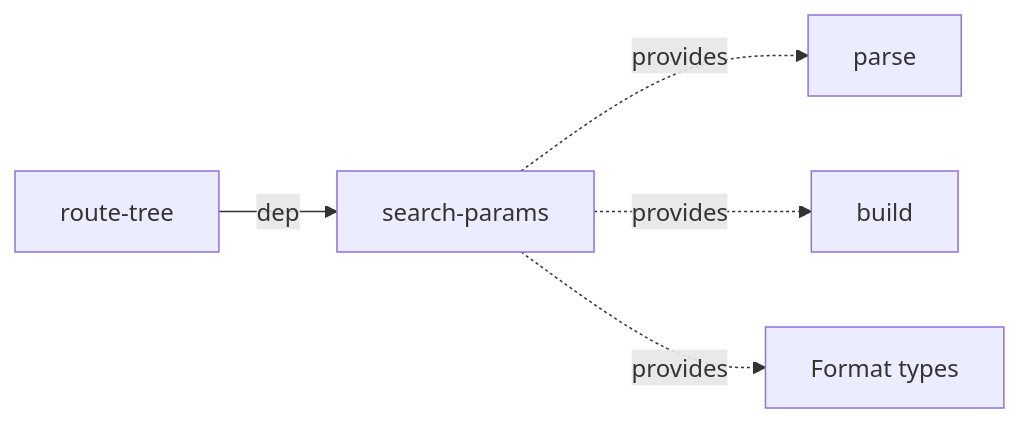
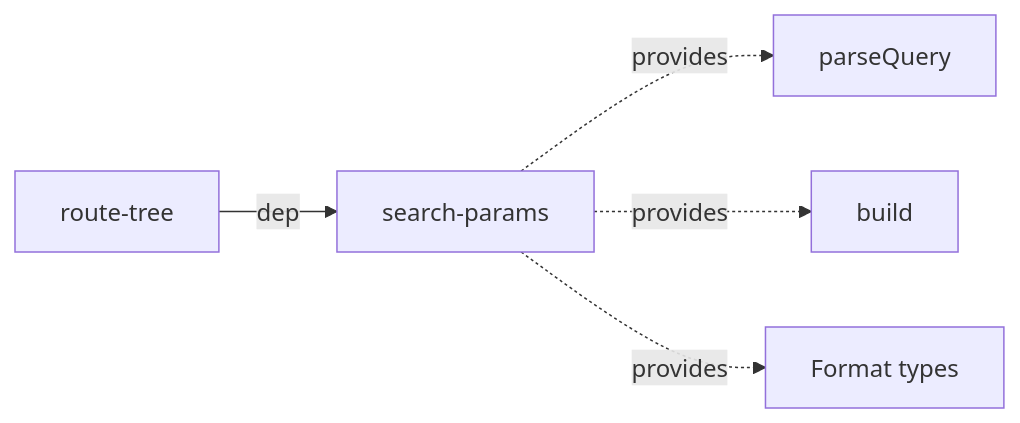
One commit to greydragon888/real-router changed the diagram in packages/search-params/ARCHITECTURE.md. Above: the diagram before and after it, drawn with Mermaid. The commit also changed other lines of this file and 25 other files, not shown here.

````diff
--- a/packages/search-params/ARCHITECTURE.md
+++ b/packages/search-params/ARCHITECTURE.md
@@ -36,8 +36,8 @@
 ```mermaid
 graph LR
     RT[route-tree] -->|dep| SP[search-params]
 
-    SP -.->|provides| PARSE[parse]
+    SP -.->|provides| PARSE[parseQuery]
     SP -.->|provides| BUILD[build]
     SP -.->|provides| TYPES[Format types]
 ```
````
